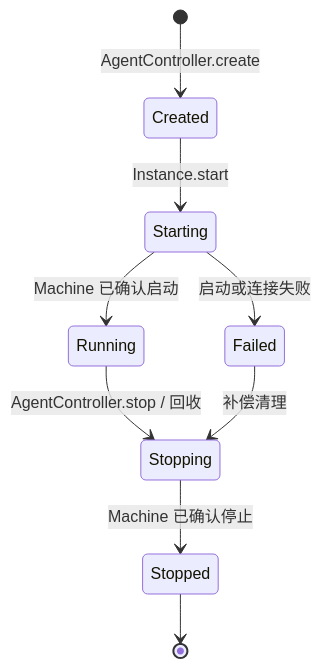
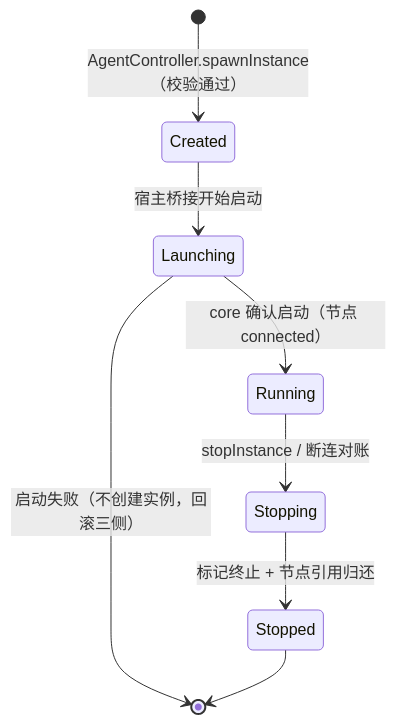
Before and after one commit to HuangPuStar/FenixAgent: the third of 5 diagrams in docs/arch/20-orchestration-management.md, drawn with Mermaid. The commit also changed other lines of this file and 1 other file, not shown here.

````diff
--- a/docs/arch/20-orchestration-management.md
+++ b/docs/arch/20-orchestration-management.md
@@ -147,11 +151,10 @@
 ```mermaid
 stateDiagram-v2
-    [*] --> Created : AgentController.create
-    Created --> Starting : Instance.start
-    Starting --> Running : Machine 已确认启动
-    Starting --> Failed : 启动或连接失败
-    Running --> Stopping : AgentController.stop / 回收
-    Stopping --> Stopped : Machine 已确认停止
-    Failed --> Stopping : 补偿清理
+    [*] --> Created : AgentController.spawnInstance（校验通过）
+    Created --> Launching : 宿主桥接开始启动
+    Launching --> Running : core 确认启动（节点 connected）
+    Launching --> [*] : 启动失败（不创建实例，回滚三侧）
+    Running --> Stopping : stopInstance / 断连对账
+    Stopping --> Stopped : 标记终止 + 节点引用归还
     Stopped --> [*]
 ```
````
